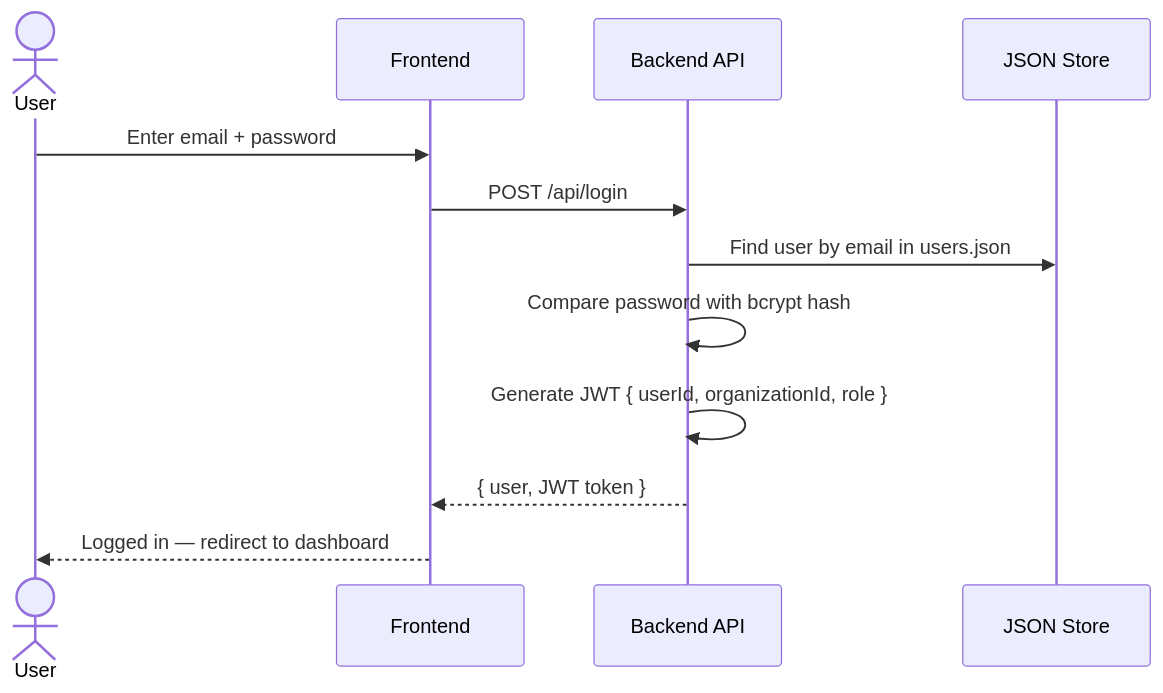
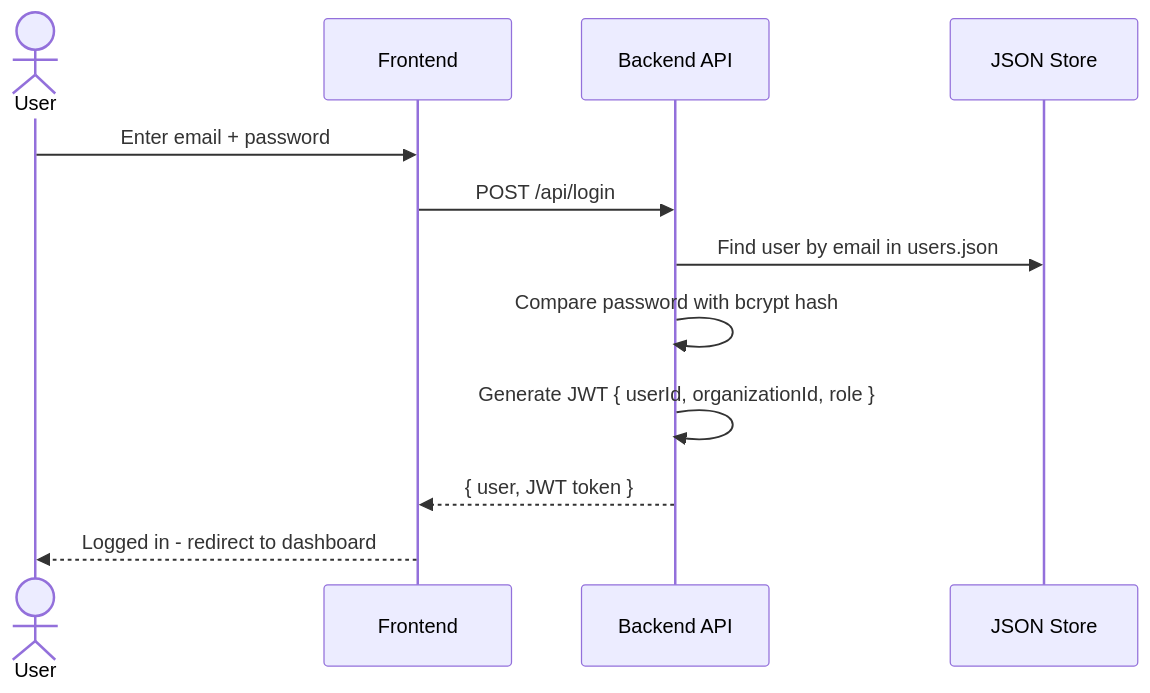
Before and after one commit to vlldnt/Synapses_ESMS: the fourth of 5 diagrams in README.md, drawn with Mermaid. The commit also changed other lines of this file and 50 other files, not shown here.

````diff
--- a/README.md
+++ b/README.md
@@ -211,15 +211,15 @@
 ```mermaid
 sequenceDiagram
     actor User
     participant Front as Frontend
     participant API as Backend API
     participant Store as JSON Store
 
     User->>Front: Enter email + password
     Front->>API: POST /api/login
     API->>Store: Find user by email in users.json
     API->>API: Compare password with bcrypt hash
     API->>API: Generate JWT { userId, organizationId, role }
     API-->>Front: { user, JWT token }
-    Front-->>User: Logged in — redirect to dashboard
+    Front-->>User: Logged in - redirect to dashboard
 ```
````
